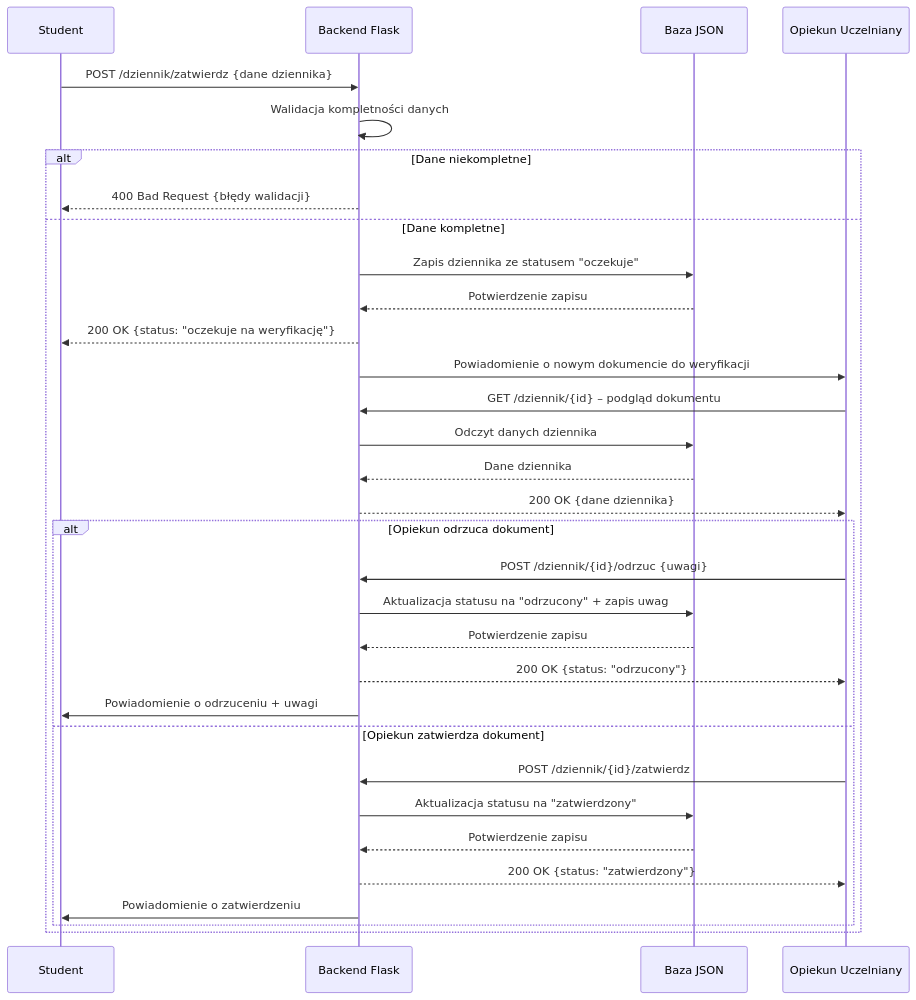
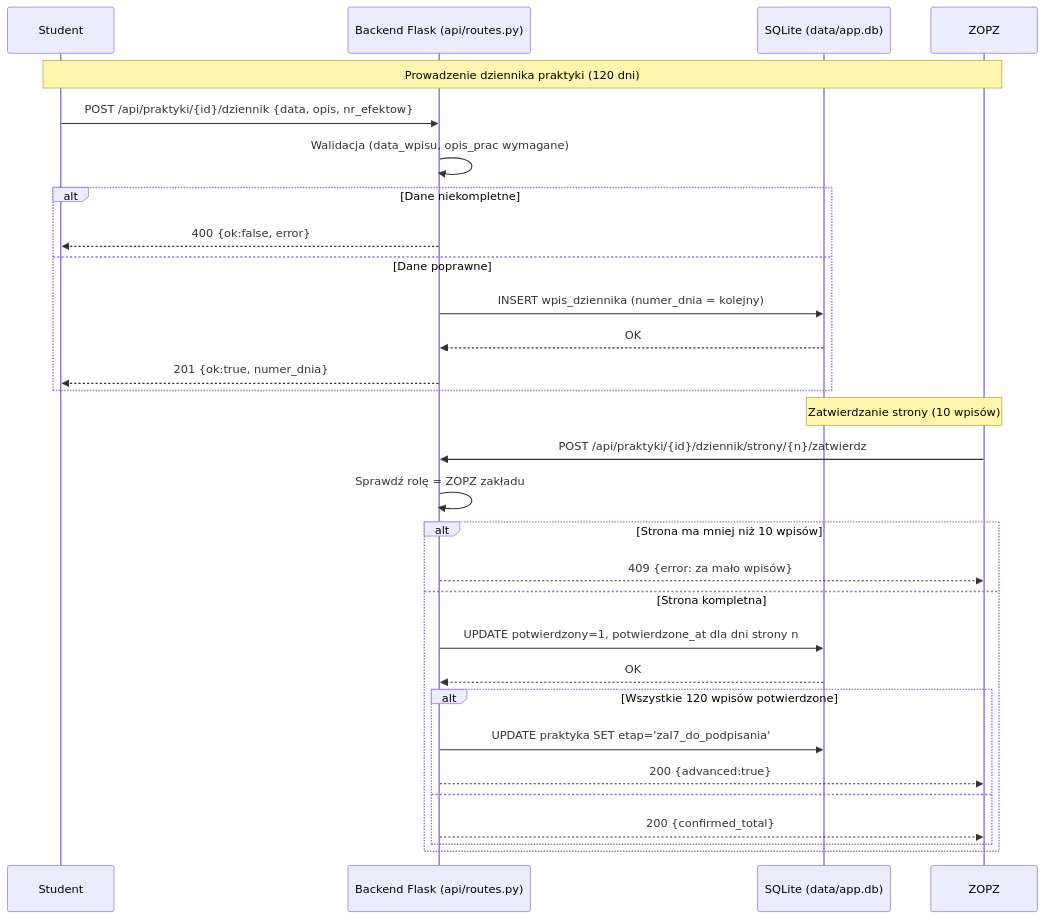
The diagram in Dokumentacja/Diagramy/Diagram sekwencji procesu weryfikacji.md (Adek2k4/adpz_ans), drawn with Mermaid before and after one commit. The commit also changed other lines of this file and 15 other files, not shown here.

Commit message:
Aktualizacja dokumentacji - baza danych i diagramy

````diff
--- a/Dokumentacja/Diagramy/Diagram sekwencji procesu weryfikacji.md
+++ b/Dokumentacja/Diagramy/Diagram sekwencji procesu weryfikacji.md
@@ -1,42 +1,36 @@
 ```mermaid
 sequenceDiagram
     participant S as Student
-    participant B as Backend Flask
-    participant J as Baza JSON
-    participant O as Opiekun Uczelniany
+    participant B as Backend Flask (api/routes.py)
+    participant DB as SQLite (data/app.db)
+    participant Z as ZOPZ
 
-    S->>B: POST /dziennik/zatwierdz {dane dziennika}
+    Note over S,Z: Prowadzenie dziennika praktyki (120 dni)
 
-    B->>B: Walidacja kompletności danych
+    S->>B: POST /api/praktyki/{id}/dziennik {data, opis, nr_efektow}
+    B->>B: Walidacja (data_wpisu, opis_prac wymagane)
+    alt Dane niekompletne
+        B-->>S: 400 {ok:false, error}
+    else Dane poprawne
+        B->>DB: INSERT wpis_dziennika (numer_dnia = kolejny)
+        DB-->>B: OK
+        B-->>S: 201 {ok:true, numer_dnia}
+    end
 
-    alt Dane niekompletne
-        B-->>S: 400 Bad Request {błędy walidacji}
-    else Dane kompletne
-        B->>J: Zapis dziennika ze statusem "oczekuje"
-        J-->>B: Potwierdzenie zapisu
+    Note over Z,DB: Zatwierdzanie strony (10 wpisów)
 
-        B-->>S: 200 OK {status: "oczekuje na weryfikację"}
-
-        B->>O: Powiadomienie o nowym dokumencie do weryfikacji
-
-        O->>B: GET /dziennik/{id} – podgląd dokumentu
-        B->>J: Odczyt danych dziennika
-        J-->>B: Dane dziennika
-        B-->>O: 200 OK {dane dziennika}
-
-        alt Opiekun odrzuca dokument
-            O->>B: POST /dziennik/{id}/odrzuc {uwagi}
-            B->>J: Aktualizacja statusu na "odrzucony" + zapis uwag
-            J-->>B: Potwierdzenie zapisu
-            B-->>O: 200 OK {status: "odrzucony"}
-            B->>S: Powiadomienie o odrzuceniu + uwagi
-        else Opiekun zatwierdza dokument
-            O->>B: POST /dziennik/{id}/zatwierdz
-            B->>J: Aktualizacja statusu na "zatwierdzony"
-            J-->>B: Potwierdzenie zapisu
-            B-->>O: 200 OK {status: "zatwierdzony"}
-            B->>S: Powiadomienie o zatwierdzeniu
+    Z->>B: POST /api/praktyki/{id}/dziennik/strony/{n}/zatwierdz
+    B->>B: Sprawdź rolę = ZOPZ zakładu
+    alt Strona ma mniej niż 10 wpisów
+        B-->>Z: 409 {error: za mało wpisów}
+    else Strona kompletna
+        B->>DB: UPDATE potwierdzony=1, potwierdzone_at dla dni strony n
+        DB-->>B: OK
+        alt Wszystkie 120 wpisów potwierdzone
+            B->>DB: UPDATE praktyka SET etap='zal7_do_podpisania'
+            B-->>Z: 200 {advanced:true}
+        else
+            B-->>Z: 200 {confirmed_total}
         end
     end
-
 ```
````
